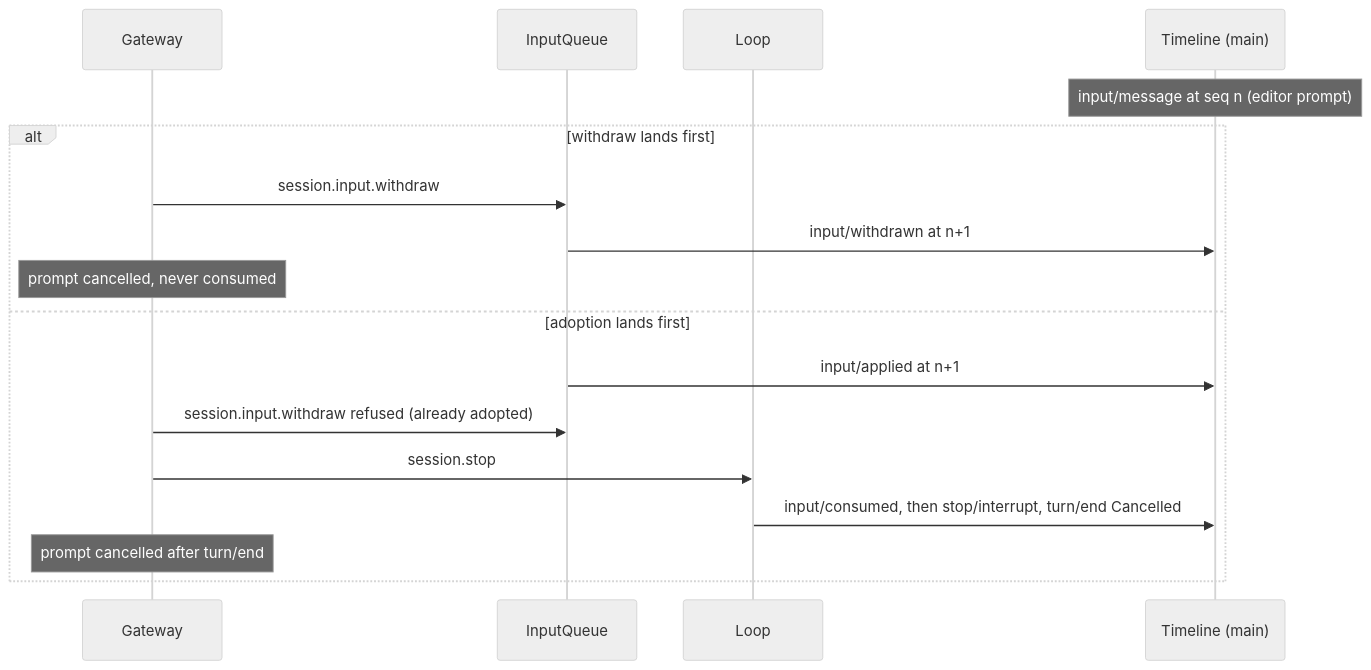
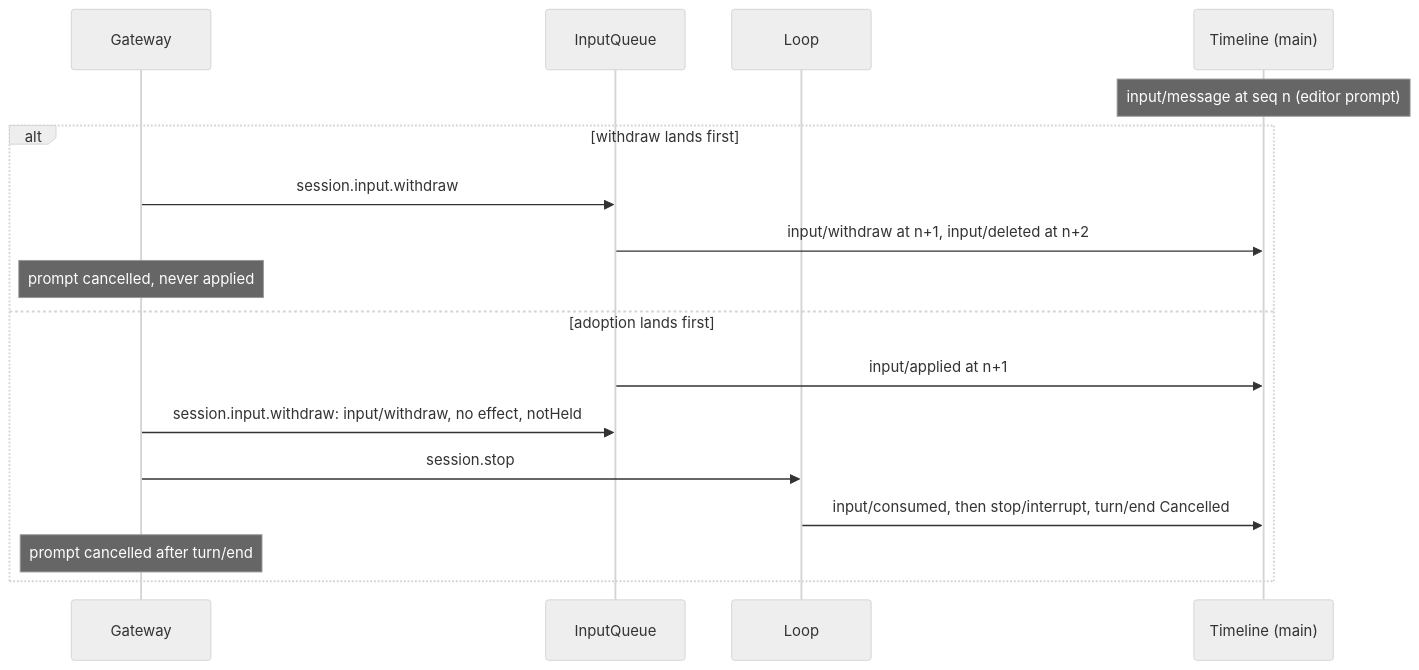
The fifth of 5 diagrams in docs/design/plugins/AcpGateway.md (CoutinhoTTS/dim-agent), drawn with Mermaid (neutral theme) before and after one commit. The commit also changed other lines of this file and 18 other files, not shown here.

First line of the commit message:
docs(design): hooks via asynchronous before callbacks and withdraw/delete input events

````diff
--- a/docs/design/plugins/AcpGateway.md
+++ b/docs/design/plugins/AcpGateway.md
@@ -125,19 +125,19 @@
 ```mermaid
 sequenceDiagram
   participant G as Gateway
   participant IQ as InputQueue
   participant L as Loop
   participant TL as Timeline (main)
   Note over TL: input/message at seq n (editor prompt)
   alt withdraw lands first
     G->>IQ: session.input.withdraw
-    IQ->>TL: input/withdrawn at n+1
-    Note over G: prompt cancelled, never consumed
+    IQ->>TL: input/withdraw at n+1, input/deleted at n+2
+    Note over G: prompt cancelled, never applied
   else adoption lands first
     IQ->>TL: input/applied at n+1
-    G->>IQ: session.input.withdraw refused (already adopted)
+    G->>IQ: session.input.withdraw: input/withdraw, no effect, notHeld
     G->>L: session.stop
     L->>TL: input/consumed, then stop/interrupt, turn/end Cancelled
     Note over G: prompt cancelled after turn/end
   end
 ```
````
